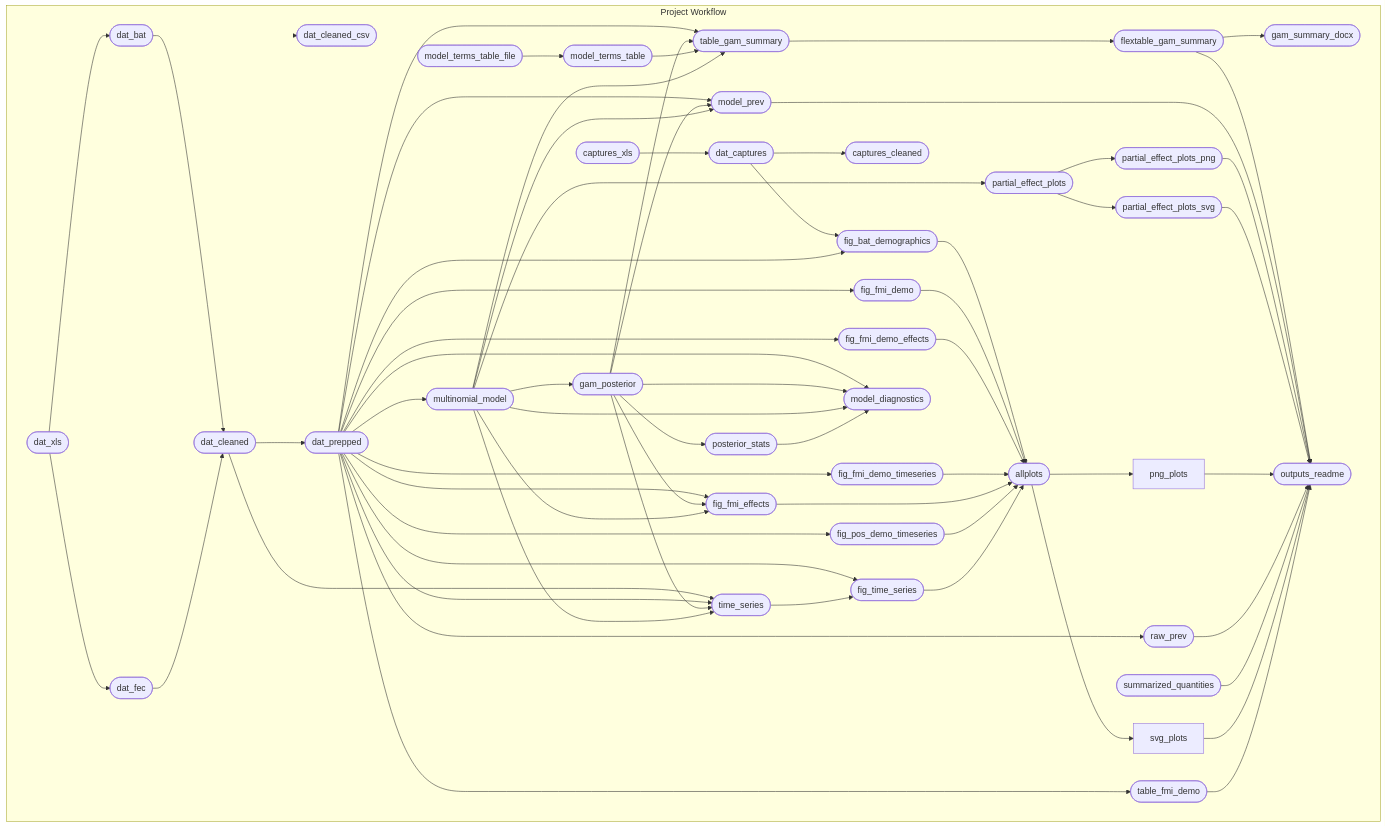
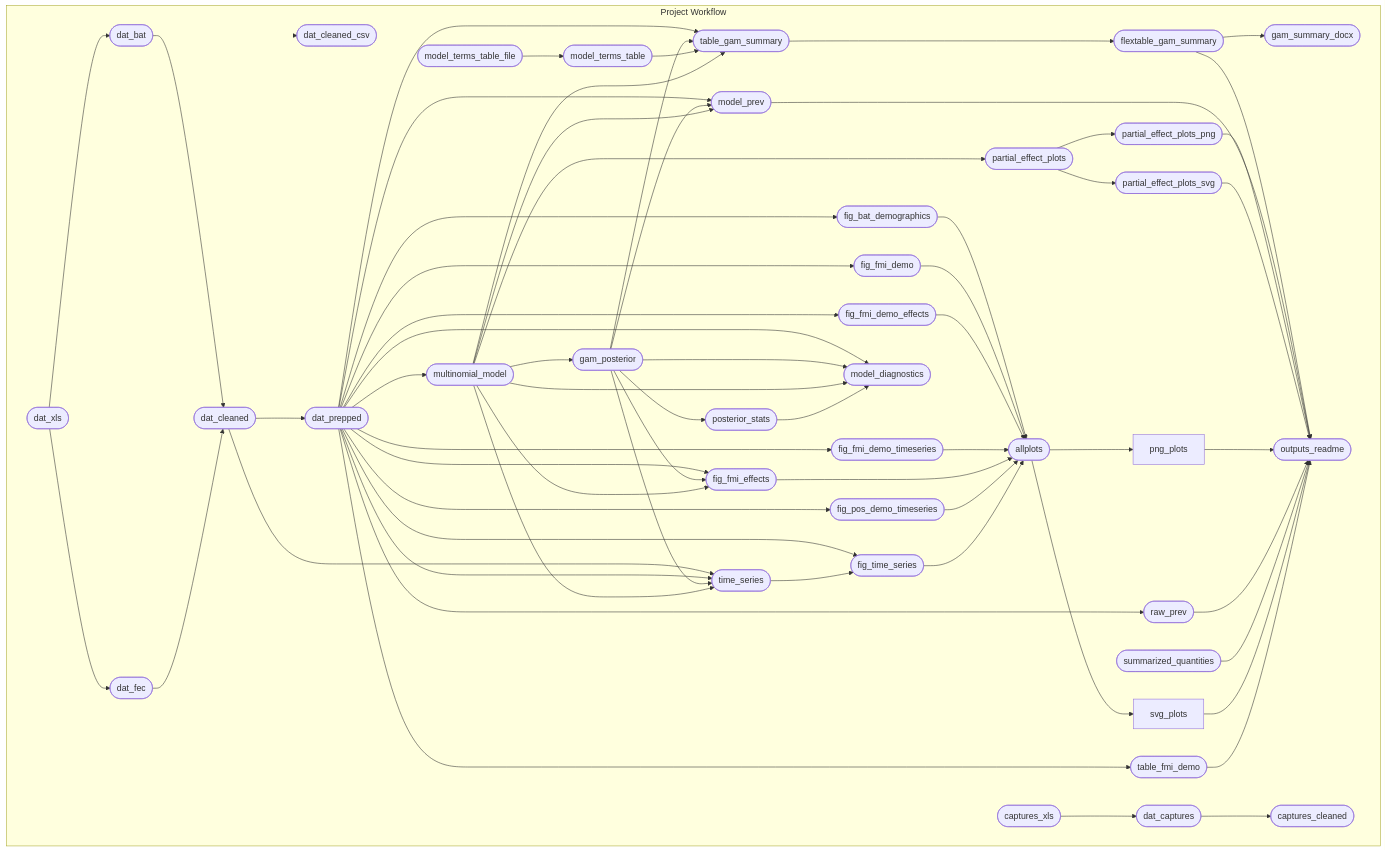
The diagram in README.md (ecohealthalliance/sabrenet-rousettus-dynamics), drawn with Mermaid before and after one commit. The commit also changed 9 other files, not shown here.

````diff
--- a/README.md
+++ b/README.md
@@ -42,70 +42,69 @@
 ``` mermaid
 graph LR
 subgraph Project Workflow
     direction LR
     xba784c3a136c631a(["dat_cleaned"]):::queued --> xdb44d218f76593df(["dat_cleaned_csv"]):::queued
     x4a5cfaffa1d0e789(["dat_prepped"]):::queued --> x023bc1d70802c4e1(["multinomial_model"]):::queued
     x023bc1d70802c4e1(["multinomial_model"]):::queued --> x89c8b8fe66c39f8c(["gam_posterior"]):::queued
     xa8aa782838af3774(["partial_effect_plots"]):::queued --> x62025a0def5a4707(["partial_effect_plots_svg"]):::queued
     x2d7bbbb9a4c3fe9d(["flextable_gam_summary"]):::queued --> x7998bc630ab92bda(["gam_summary_docx"]):::queued
     x2d7bbbb9a4c3fe9d(["flextable_gam_summary"]):::queued --> xbda0fd67e19f73bc(["outputs_readme"]):::queued
     x67d4d2e6dfa8bf90(["model_prev"]):::queued --> xbda0fd67e19f73bc(["outputs_readme"]):::queued
     x4426e7f0707b13f1(["partial_effect_plots_png"]):::queued --> xbda0fd67e19f73bc(["outputs_readme"]):::queued
     x62025a0def5a4707(["partial_effect_plots_svg"]):::queued --> xbda0fd67e19f73bc(["outputs_readme"]):::queued
     x0b04ba823e0b5eec["png_plots"]:::queued --> xbda0fd67e19f73bc(["outputs_readme"]):::queued
     xdf15caacba83d075(["raw_prev"]):::queued --> xbda0fd67e19f73bc(["outputs_readme"]):::queued
     x07b56d1fbca21cf3(["summarized_quantities"]):::skipped --> xbda0fd67e19f73bc(["outputs_readme"]):::queued
     xbbcceea2cdf8d3f7["svg_plots"]:::queued --> xbda0fd67e19f73bc(["outputs_readme"]):::queued
     xf268c53ef67145e5(["table_fmi_demo"]):::queued --> xbda0fd67e19f73bc(["outputs_readme"]):::queued
     x798304d337dd8ea1(["allplots"]):::queued --> xbbcceea2cdf8d3f7["svg_plots"]:::queued
     xb354ea9be719f8bb(["captures_xls"]):::skipped --> xe05634441492d438(["dat_captures"]):::skipped
     xc2117931d245afce(["dat_xls"]):::skipped --> x733041ef94e8d4a9(["dat_fec"]):::queued
     x4a5cfaffa1d0e789(["dat_prepped"]):::queued --> x37da1c8de8c2ccbe(["fig_fmi_effects"]):::queued
     x89c8b8fe66c39f8c(["gam_posterior"]):::queued --> x37da1c8de8c2ccbe(["fig_fmi_effects"]):::queued
     x023bc1d70802c4e1(["multinomial_model"]):::queued --> x37da1c8de8c2ccbe(["fig_fmi_effects"]):::queued
-    xe05634441492d438(["dat_captures"]):::skipped --> x7a7f43da56388c67(["fig_bat_demographics"]):::queued
     x4a5cfaffa1d0e789(["dat_prepped"]):::queued --> x7a7f43da56388c67(["fig_bat_demographics"]):::queued
     xc2117931d245afce(["dat_xls"]):::skipped --> x6cf5d6dc2e05a667(["dat_bat"]):::queued
     x89c8b8fe66c39f8c(["gam_posterior"]):::queued --> x48dd96190e644d8f(["posterior_stats"]):::queued
     xe2bed16893714ed7(["model_terms_table_file"]):::skipped --> x5ad18f0d36408418(["model_terms_table"]):::queued
     xba784c3a136c631a(["dat_cleaned"]):::queued --> x4a5cfaffa1d0e789(["dat_prepped"]):::queued
     x6cf5d6dc2e05a667(["dat_bat"]):::queued --> xba784c3a136c631a(["dat_cleaned"]):::queued
     x733041ef94e8d4a9(["dat_fec"]):::queued --> xba784c3a136c631a(["dat_cleaned"]):::queued
     x4a5cfaffa1d0e789(["dat_prepped"]):::queued --> xf268c53ef67145e5(["table_fmi_demo"]):::queued
     x4a5cfaffa1d0e789(["dat_prepped"]):::queued --> x67d4d2e6dfa8bf90(["model_prev"]):::queued
     x89c8b8fe66c39f8c(["gam_posterior"]):::queued --> x67d4d2e6dfa8bf90(["model_prev"]):::queued
     x023bc1d70802c4e1(["multinomial_model"]):::queued --> x67d4d2e6dfa8bf90(["model_prev"]):::queued
     x4a5cfaffa1d0e789(["dat_prepped"]):::queued --> xe3a4a17736576ba6(["fig_time_series"]):::queued
     xf22c729b71100575(["time_series"]):::queued --> xe3a4a17736576ba6(["fig_time_series"]):::queued
     x023bc1d70802c4e1(["multinomial_model"]):::queued --> xa8aa782838af3774(["partial_effect_plots"]):::queued
     xe05634441492d438(["dat_captures"]):::skipped --> x370906d20a0ac4c5(["captures_cleaned"]):::queued
     x4a5cfaffa1d0e789(["dat_prepped"]):::queued --> x23873f9d63594e23(["fig_fmi_demo"]):::queued
     x4a5cfaffa1d0e789(["dat_prepped"]):::queued --> x80ade130098abb0f(["fig_fmi_demo_timeseries"]):::queued
     x7a7f43da56388c67(["fig_bat_demographics"]):::queued --> x798304d337dd8ea1(["allplots"]):::queued
     x23873f9d63594e23(["fig_fmi_demo"]):::queued --> x798304d337dd8ea1(["allplots"]):::queued
     x4ee8fa2dac97ae88(["fig_fmi_demo_effects"]):::queued --> x798304d337dd8ea1(["allplots"]):::queued
     x80ade130098abb0f(["fig_fmi_demo_timeseries"]):::queued --> x798304d337dd8ea1(["allplots"]):::queued
     x37da1c8de8c2ccbe(["fig_fmi_effects"]):::queued --> x798304d337dd8ea1(["allplots"]):::queued
     x50a3b768b5746682(["fig_pos_demo_timeseries"]):::queued --> x798304d337dd8ea1(["allplots"]):::queued
     xe3a4a17736576ba6(["fig_time_series"]):::queued --> x798304d337dd8ea1(["allplots"]):::queued
     x5f01ca798133c2d4(["table_gam_summary"]):::queued --> x2d7bbbb9a4c3fe9d(["flextable_gam_summary"]):::queued
     xa8aa782838af3774(["partial_effect_plots"]):::queued --> x4426e7f0707b13f1(["partial_effect_plots_png"]):::queued
     xba784c3a136c631a(["dat_cleaned"]):::queued --> xf22c729b71100575(["time_series"]):::queued
     x4a5cfaffa1d0e789(["dat_prepped"]):::queued --> xf22c729b71100575(["time_series"]):::queued
     x89c8b8fe66c39f8c(["gam_posterior"]):::queued --> xf22c729b71100575(["time_series"]):::queued
     x023bc1d70802c4e1(["multinomial_model"]):::queued --> xf22c729b71100575(["time_series"]):::queued
     x4a5cfaffa1d0e789(["dat_prepped"]):::queued --> xdf15caacba83d075(["raw_prev"]):::queued
     x4a5cfaffa1d0e789(["dat_prepped"]):::queued --> x1e7dc8900c0252af(["model_diagnostics"]):::queued
     x89c8b8fe66c39f8c(["gam_posterior"]):::queued --> x1e7dc8900c0252af(["model_diagnostics"]):::queued
     x023bc1d70802c4e1(["multinomial_model"]):::queued --> x1e7dc8900c0252af(["model_diagnostics"]):::queued
     x48dd96190e644d8f(["posterior_stats"]):::queued --> x1e7dc8900c0252af(["model_diagnostics"]):::queued
     x798304d337dd8ea1(["allplots"]):::queued --> x0b04ba823e0b5eec["png_plots"]:::queued
     x4a5cfaffa1d0e789(["dat_prepped"]):::queued --> x4ee8fa2dac97ae88(["fig_fmi_demo_effects"]):::queued
     x4a5cfaffa1d0e789(["dat_prepped"]):::queued --> x5f01ca798133c2d4(["table_gam_summary"]):::queued
     x89c8b8fe66c39f8c(["gam_posterior"]):::queued --> x5f01ca798133c2d4(["table_gam_summary"]):::queued
     x5ad18f0d36408418(["model_terms_table"]):::queued --> x5f01ca798133c2d4(["table_gam_summary"]):::queued
     x023bc1d70802c4e1(["multinomial_model"]):::queued --> x5f01ca798133c2d4(["table_gam_summary"]):::queued
     x4a5cfaffa1d0e789(["dat_prepped"]):::queued --> x50a3b768b5746682(["fig_pos_demo_timeseries"]):::queued
   end
 linkStyle 0 stroke-width:0px;
 ```
````
